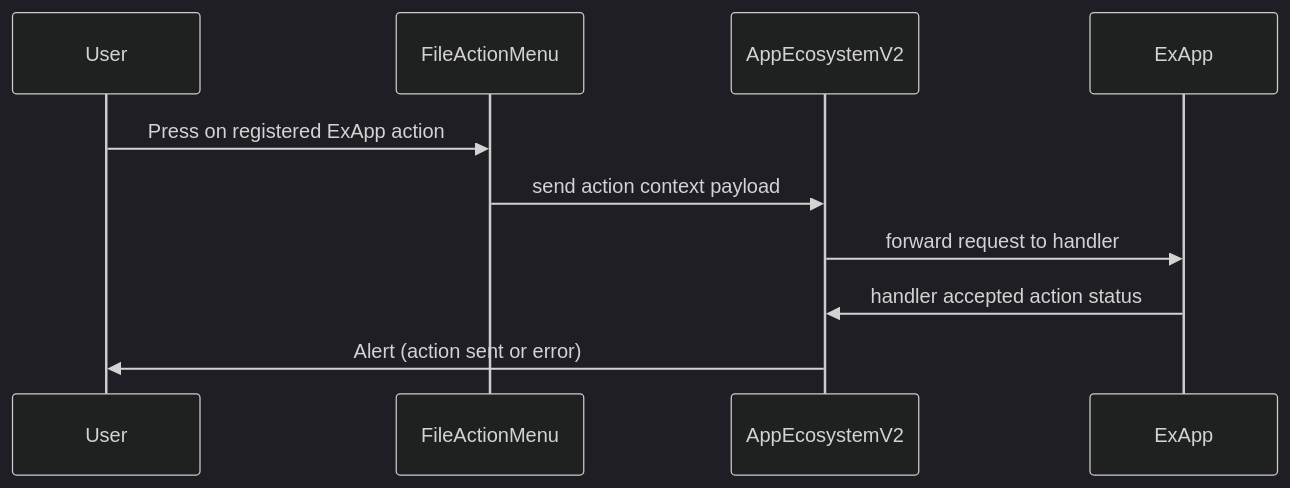
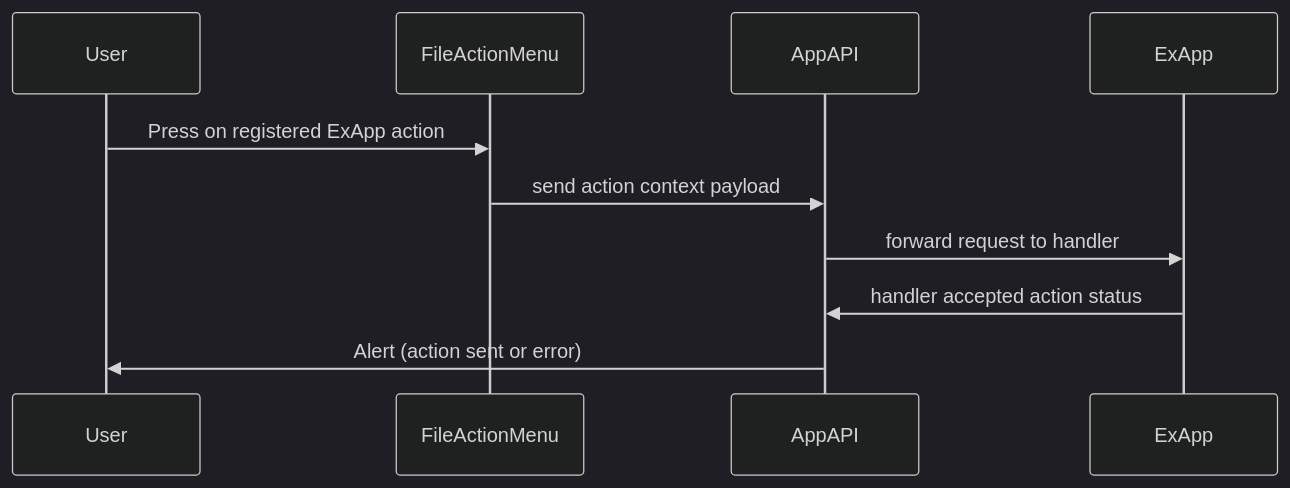
Before and after one commit to nextcloud/app_api: the first of 2 diagrams in docs/tech_details/api/fileactionsmenu.rst, drawn with Mermaid (dark theme). The commit also changed other lines of this file and 42 other files, not shown here.

```diff
--- a/docs/tech_details/api/fileactionsmenu.rst
+++ b/docs/tech_details/api/fileactionsmenu.rst
@@ -101,8 +101,8 @@
 .. mermaid::
 
 	sequenceDiagram
 		User->>FileActionMenu: Press on registered ExApp action
-		FileActionMenu->>AppEcosystemV2: send action context payload
-		AppEcosystemV2->>ExApp: forward request to handler
-		ExApp->>AppEcosystemV2: handler accepted action status
-		AppEcosystemV2->>User: Alert (action sent or error)
+		FileActionMenu->>AppAPI: send action context payload
+		AppAPI->>ExApp: forward request to handler
+		ExApp->>AppAPI: handler accepted action status
+		AppAPI->>User: Alert (action sent or error)
```
